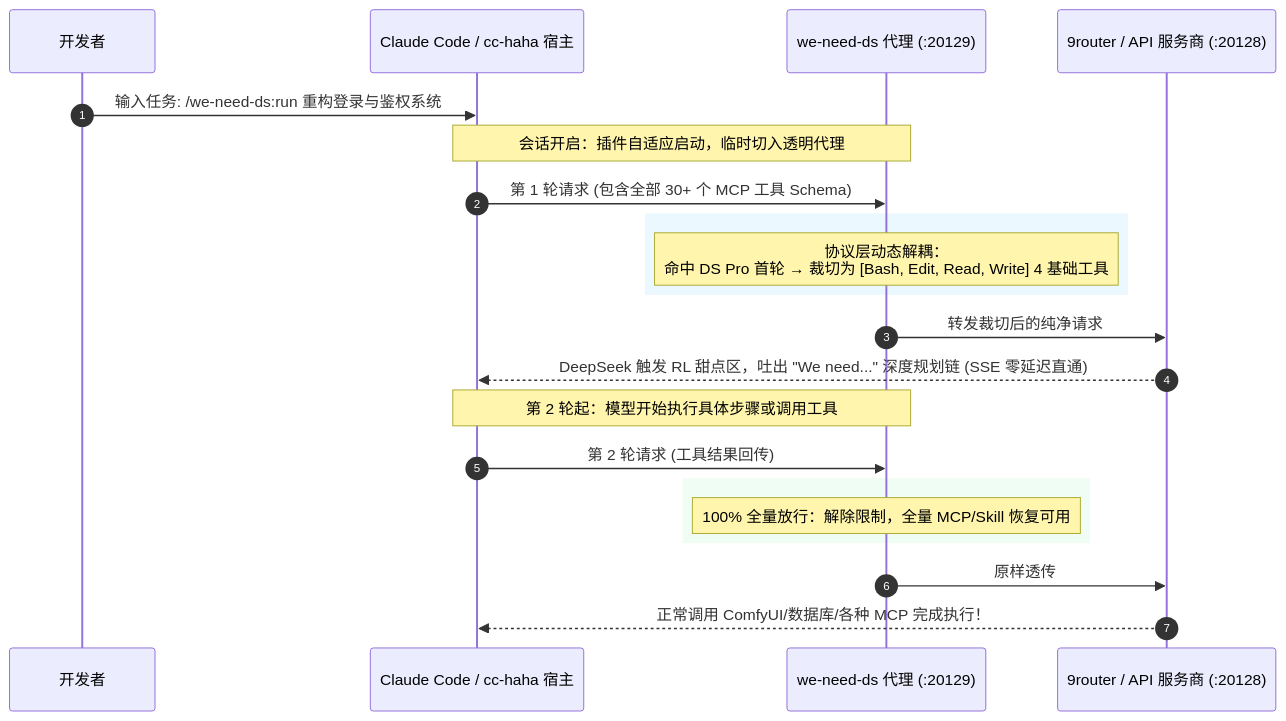
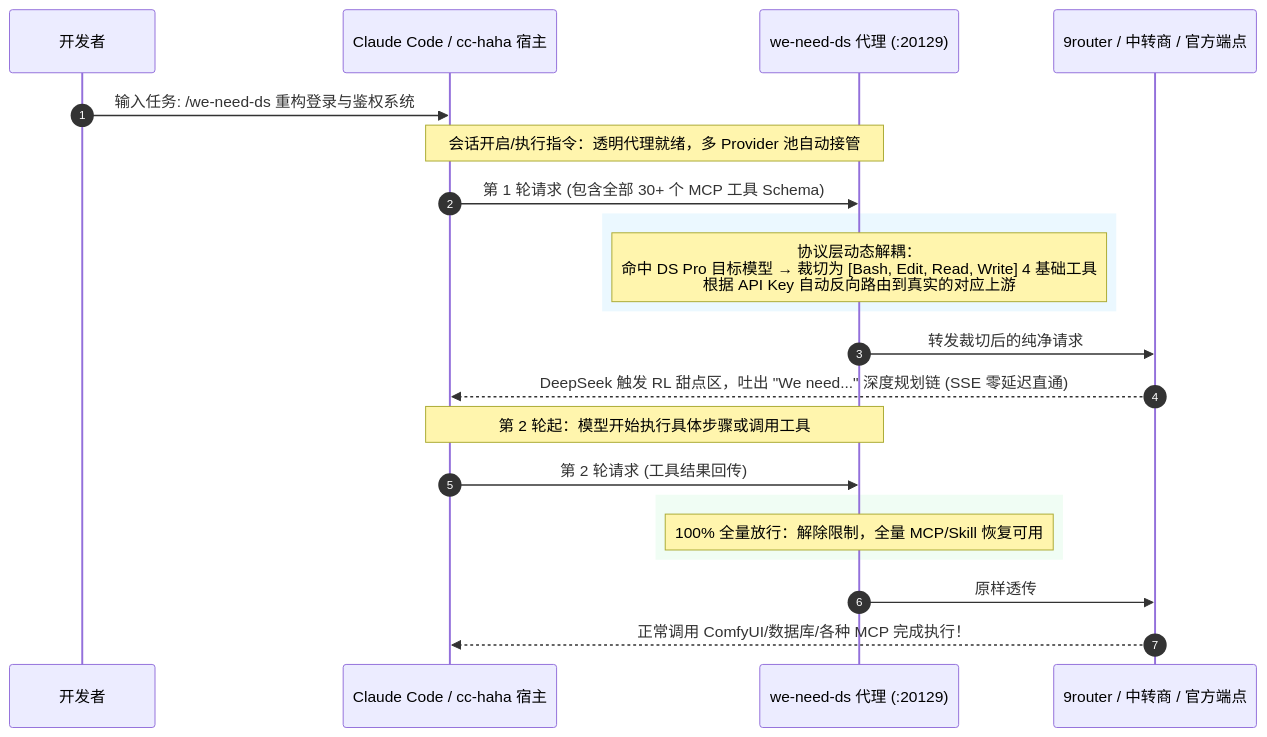
Before and after one commit to YixuAnsensei/we-need-ds: the diagram in README.md, drawn with Mermaid. The commit also changed other lines of this file and 1 other file, not shown here.

Commit message:
docs: enrich README with multi-provider pool, dynamic routing and one-shot force trigger

````diff
--- a/README.md
+++ b/README.md
@@ -37,29 +37,29 @@
 ```mermaid
 sequenceDiagram
     autonumber
     participant User as 开发者
     participant CC as Claude Code / cc-haha 宿主
     participant Proxy as we-need-ds 代理 (:20129)
-    participant Router as 9router / API 服务商 (:20128)
+    participant Router as 9router / 中转商 / 官方端点
 
-    User->>CC: 输入任务: /we-need-ds:run 重构登录与鉴权系统
-    Note over CC,Proxy: 会话开启：插件自适应启动，临时切入透明代理
+    User->>CC: 输入任务: /we-need-ds 重构登录与鉴权系统
+    Note over CC,Proxy: 会话开启/执行指令：透明代理就绪，多 Provider 池自动接管
     CC->>Proxy: 第 1 轮请求 (包含全部 30+ 个 MCP 工具 Schema)
     
     rect rgb(235, 248, 255)
-    Note over Proxy: 协议层动态解耦：<br/>命中 DS Pro 首轮 → 裁切为 [Bash, Edit, Read, Write] 4 基础工具
+    Note over Proxy: 协议层动态解耦：<br/>命中 DS Pro 目标模型 → 裁切为 [Bash, Edit, Read, Write] 4 基础工具<br/>根据 API Key 自动反向路由到真实的对应上游
     end
     
     Proxy->>Router: 转发裁切后的纯净请求
     Router-->>CC: DeepSeek 触发 RL 甜点区，吐出 "We need..." 深度规划链 (SSE 零延迟直通)
     
     Note over CC,Proxy: 第 2 轮起：模型开始执行具体步骤或调用工具
     CC->>Proxy: 第 2 轮请求 (工具结果回传)
     
     rect rgb(240, 253, 244)
     Note over Proxy: 100% 全量放行：解除限制，全量 MCP/Skill 恢复可用
     end
     
     Proxy->>Router: 原样透传
     Router-->>CC: 正常调用 ComfyUI/数据库/各种 MCP 完成执行！
 ```
````
